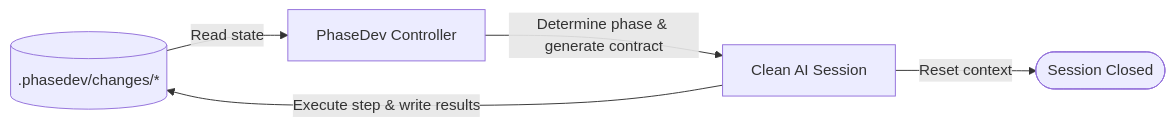
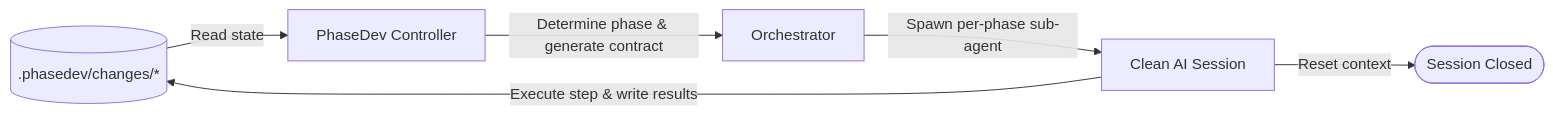
The diagram in README.md (alexkorn22/phasedev-ai-framework), drawn with Mermaid before and after one commit. The commit also changed other lines of this file, not shown here.

Commit message:
docs: README orchestrator-first framing, drop --project-path from examples

````diff
--- a/README.md
+++ b/README.md
@@ -18,7 +20,8 @@
 ```mermaid
 flowchart LR
     StateFiles[(".phasedev/changes/*")] -->|Read state| Controller[PhaseDev Controller]
-    Controller -->|Determine phase & generate contract| Agent[Clean AI Session]
+    Controller -->|Determine phase & generate contract| Orchestrator[Orchestrator]
+    Orchestrator -->|Spawn per-phase sub-agent| Agent[Clean AI Session]
     Agent -->|Execute step & write results| StateFiles
     Agent -->|Reset context| End([Session Closed])
 ```
````
